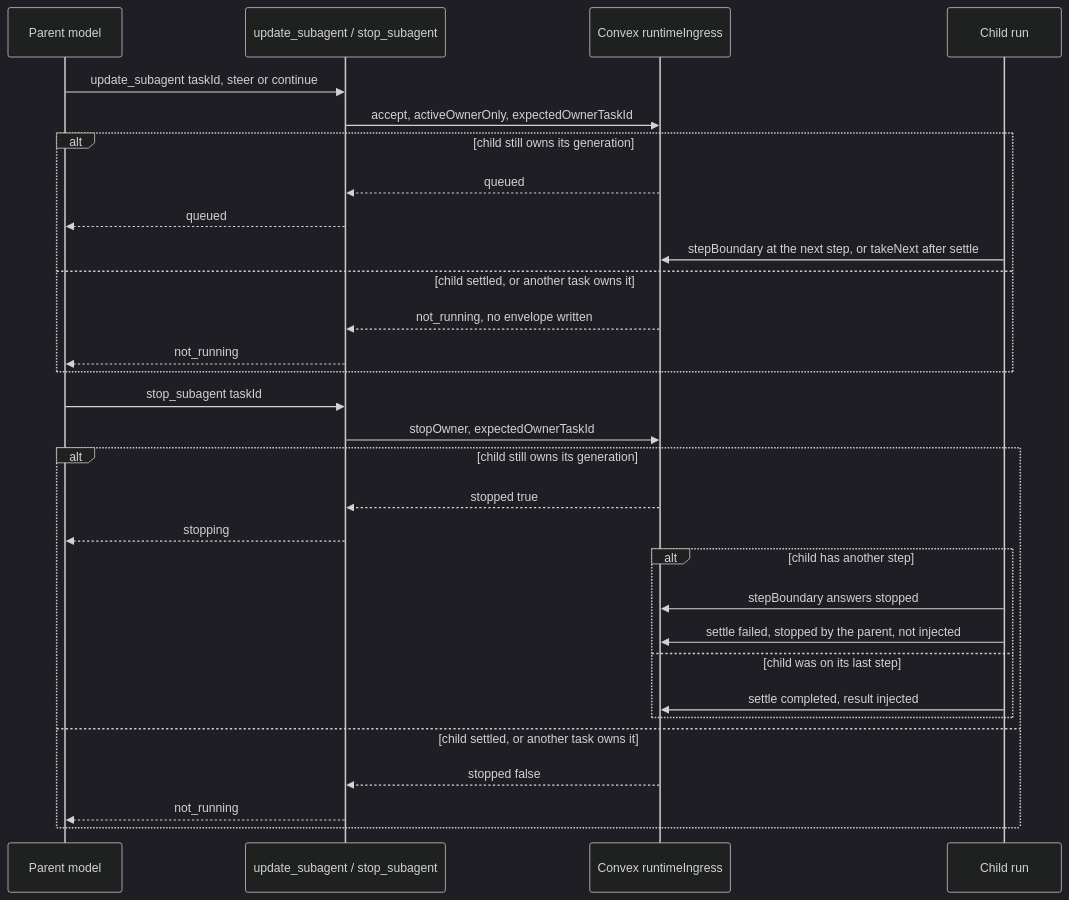
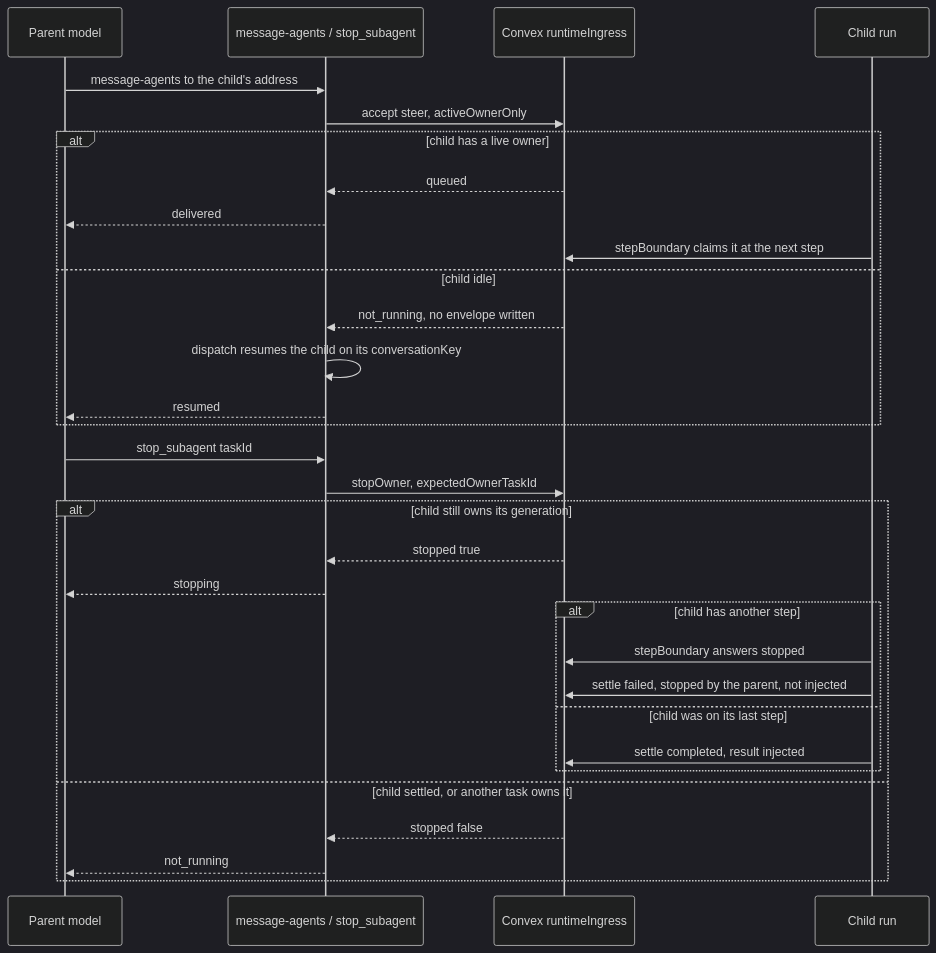
One commit to beeblastco/broods changed the fifth of 7 diagrams in apps/docs/docs/internals/subagents.md. Above: the diagram before and after it, drawn with Mermaid (dark theme). The commit also changed other lines of this file and 24 other files, not shown here.

First line of the commit message:
feat(core): message-agents, two-way messages between a parent and its subagents

````diff
--- a/apps/docs/docs/internals/subagents.md
+++ b/apps/docs/docs/internals/subagents.md
@@ -151,33 +153,34 @@
 ```mermaid
 sequenceDiagram
   participant P as Parent model
-  participant T as update_subagent / stop_subagent
+  participant T as message-agents / stop_subagent
   participant CX as Convex runtimeIngress
   participant Ch as Child run
 
-  P->>T: update_subagent taskId, steer or continue
-  T->>CX: accept, activeOwnerOnly, expectedOwnerTaskId
-  alt child still owns its generation
+  P->>T: message-agents to the child's address
+  T->>CX: accept steer, activeOwnerOnly
+  alt child has a live owner
     CX-->>T: queued
-    T-->>P: queued
-    Ch->>CX: stepBoundary at the next step, or takeNext after settle
-  else child settled, or another task owns it
+    T-->>P: delivered
+    Ch->>CX: stepBoundary claims it at the next step
+  else child idle
     CX-->>T: not_running, no envelope written
-    T-->>P: not_running
+    T->>T: dispatch resumes the child on its conversationKey
+    T-->>P: resumed
   end
   P->>T: stop_subagent taskId
   T->>CX: stopOwner, expectedOwnerTaskId
   alt child still owns its generation
     CX-->>T: stopped true
     T-->>P: stopping
     alt child has another step
       Ch->>CX: stepBoundary answers stopped
       Ch->>CX: settle failed, stopped by the parent, not injected
     else child was on its last step
       Ch->>CX: settle completed, result injected
     end
   else child settled, or another task owns it
     CX-->>T: stopped false
     T-->>P: not_running
   end
 ```
````
